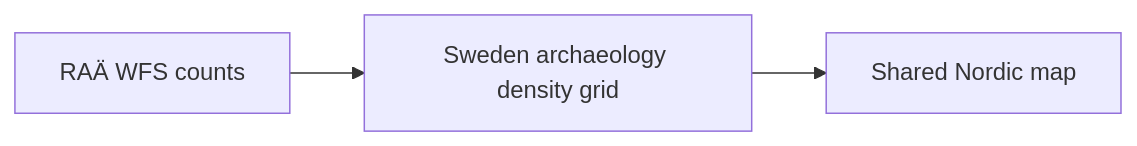
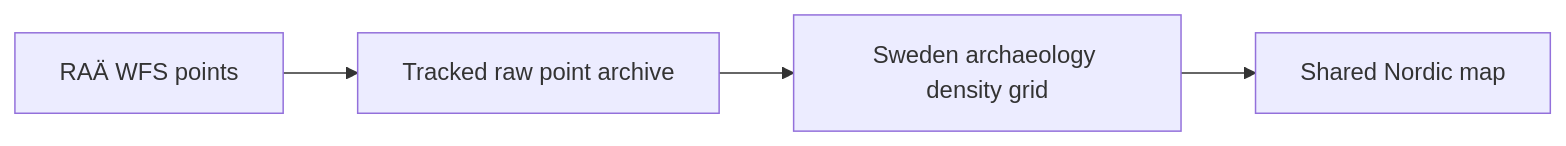
Before and after one commit to bijux/bijux-pollenomics: the diagram in docs/03-data-guide/raa.md, drawn with Mermaid. The commit also changed other lines of this file and 4 other files, not shown here.

````diff
--- a/docs/03-data-guide/raa.md
+++ b/docs/03-data-guide/raa.md
@@ -32,5 +34,6 @@
 ```mermaid
 flowchart LR
-    WFS[RAÄ WFS counts] --> Density[Sweden archaeology density grid]
+    WFS[RAÄ WFS points] --> Archive[Tracked raw point archive]
+    Archive --> Density[Sweden archaeology density grid]
     Density --> SharedMap[Shared Nordic map]
 ```
````
